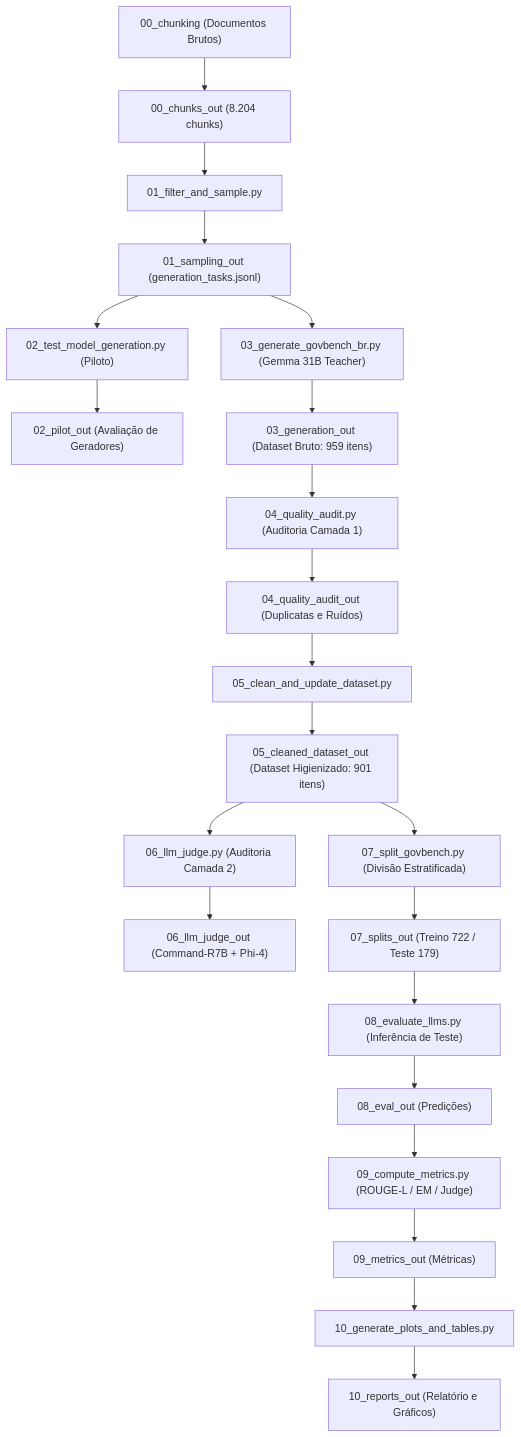
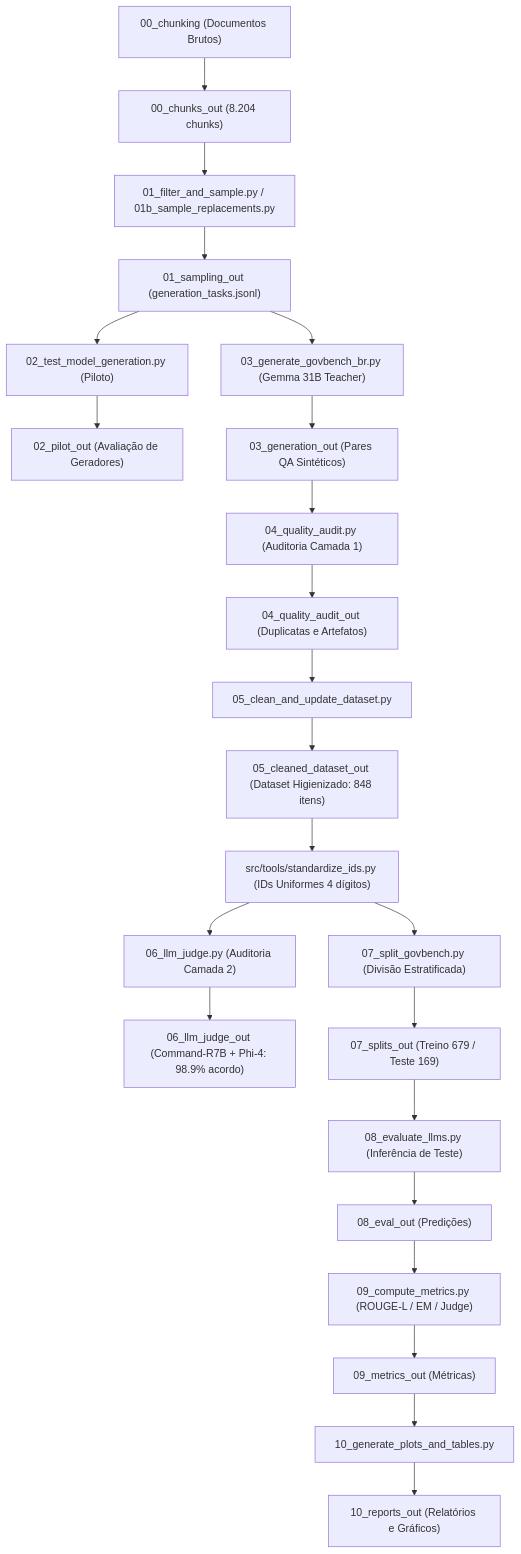
The diagram in README.md (vickminari/LLM-evaluate-IC), drawn with Mermaid before and after one commit. The commit also changed other lines of this file, not shown here.

````diff
--- a/README.md
+++ b/README.md
@@ -32,24 +32,25 @@
 ```mermaid
 flowchart TD
     A["00_chunking (Documentos Brutos)"] --> B["00_chunks_out (8.204 chunks)"]
-    B --> C["01_filter_and_sample.py"]
+    B --> C["01_filter_and_sample.py / 01b_sample_replacements.py"]
     C --> D["01_sampling_out (generation_tasks.jsonl)"]
     D --> E["02_test_model_generation.py (Piloto)"]
     E --> F["02_pilot_out (Avaliação de Geradores)"]
     D --> G["03_generate_govbench_br.py (Gemma 31B Teacher)"]
-    G --> H["03_generation_out (Dataset Bruto: 959 itens)"]
+    G --> H["03_generation_out (Pares QA Sintéticos)"]
     H --> I["04_quality_audit.py (Auditoria Camada 1)"]
-    I --> J["04_quality_audit_out (Duplicatas e Ruídos)"]
+    I --> J["04_quality_audit_out (Duplicatas e Artefatos)"]
     J --> K["05_clean_and_update_dataset.py"]
-    K --> L["05_cleaned_dataset_out (Dataset Higienizado: 901 itens)"]
-    L --> M["06_llm_judge.py (Auditoria Camada 2)"]
-    M --> N["06_llm_judge_out (Command-R7B + Phi-4)"]
-    L --> O["07_split_govbench.py (Divisão Estratificada)"]
-    O --> P["07_splits_out (Treino 722 / Teste 179)"]
-    P --> Q["08_evaluate_llms.py (Inferência de Teste)"]
-    Q --> R["08_eval_out (Predições)"]
-    R --> S["09_compute_metrics.py (ROUGE-L / EM / Judge)"]
-    S --> T["09_metrics_out (Métricas)"]
-    T --> U["10_generate_plots_and_tables.py"]
-    U --> V["10_reports_out (Relatório e Gráficos)"]
+    K --> L["05_cleaned_dataset_out (Dataset Higienizado: 848 itens)"]
+    L --> M["src/tools/standardize_ids.py (IDs Uniformes 4 dígitos)"]
+    M --> N["06_llm_judge.py (Auditoria Camada 2)"]
+    N --> O["06_llm_judge_out (Command-R7B + Phi-4: 98.9% acordo)"]
+    M --> P["07_split_govbench.py (Divisão Estratificada)"]
+    P --> Q["07_splits_out (Treino 679 / Teste 169)"]
+    Q --> R["08_evaluate_llms.py (Inferência de Teste)"]
+    R --> S["08_eval_out (Predições)"]
+    S --> T["09_compute_metrics.py (ROUGE-L / EM / Judge)"]
+    T --> U["09_metrics_out (Métricas)"]
+    U --> V["10_generate_plots_and_tables.py"]
+    V --> W["10_reports_out (Relatórios e Gráficos)"]
 ```
````
